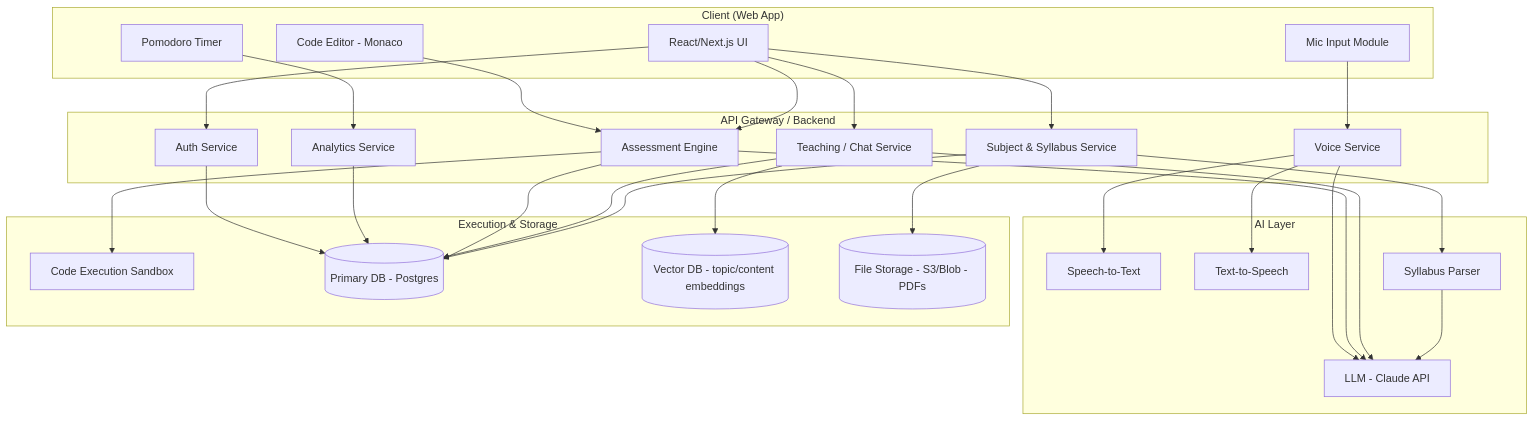
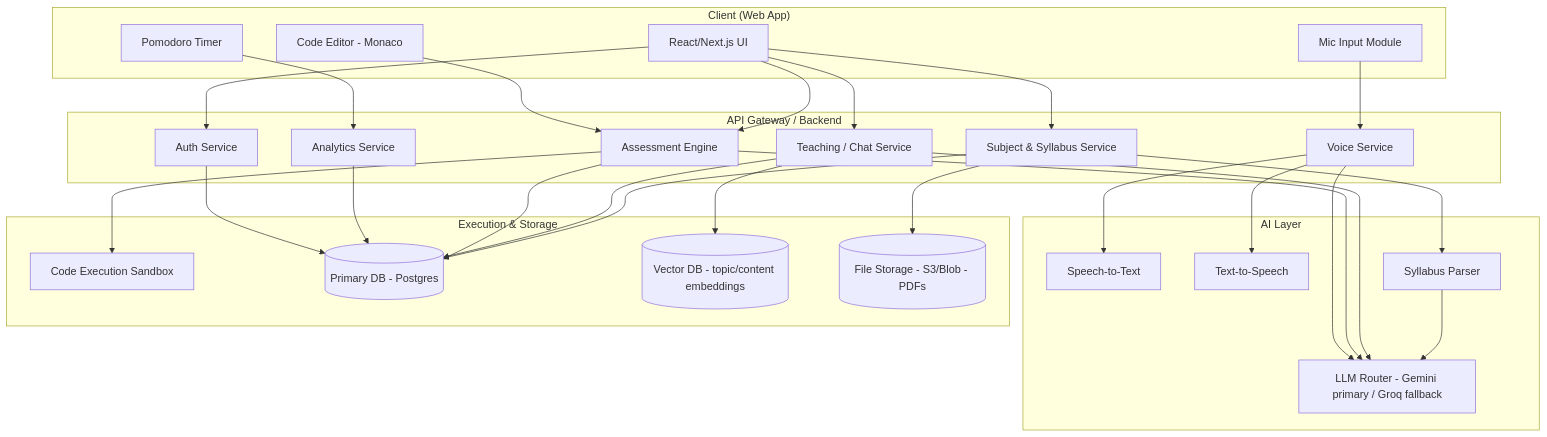
The first of 12 diagrams in server/AI-Smart-Study-Companion-PRD.md (HarshikaAdarsh/code-flux-hackathon-), drawn with Mermaid before and after one commit. The commit also changed other lines of this file, not shown here.

````diff
--- a/server/AI-Smart-Study-Companion-PRD.md
+++ b/server/AI-Smart-Study-Companion-PRD.md
@@ -67,61 +67,61 @@
 ```mermaid
 flowchart TB
     subgraph Client["Client (Web App)"]
         UI[React/Next.js UI]
         Mic[Mic Input Module]
         Editor[Code Editor - Monaco]
         Timer[Pomodoro Timer]
     end
 
     subgraph Gateway["API Gateway / Backend"]
         Auth[Auth Service]
         SubjectSvc[Subject & Syllabus Service]
         TeachSvc[Teaching / Chat Service]
         AssessSvc[Assessment Engine]
         VoiceSvc[Voice Service]
         AnalyticsSvc[Analytics Service]
     end
 
     subgraph AI["AI Layer"]
-        LLM[LLM - Claude API]
+        LLM[LLM Router - Gemini primary / Groq fallback]
         STT[Speech-to-Text]
         TTS[Text-to-Speech]
         Extractor[Syllabus Parser]
     end
 
     subgraph Infra["Execution & Storage"]
         Sandbox[Code Execution Sandbox]
         DB[(Primary DB - Postgres)]
         VectorDB[(Vector DB - topic/content embeddings)]
         FileStore[(File Storage - S3/Blob - PDFs)]
     end
 
     UI --> Auth
     UI --> SubjectSvc
     UI --> TeachSvc
     UI --> AssessSvc
     Mic --> VoiceSvc
     Editor --> AssessSvc
     Timer --> AnalyticsSvc
 
     SubjectSvc --> Extractor
     Extractor --> LLM
     SubjectSvc --> FileStore
     SubjectSvc --> DB
 
     TeachSvc --> LLM
     TeachSvc --> VectorDB
     TeachSvc --> DB
 
     AssessSvc --> LLM
     AssessSvc --> Sandbox
     AssessSvc --> DB
 
     VoiceSvc --> STT
     VoiceSvc --> LLM
     VoiceSvc --> TTS
 
     AnalyticsSvc --> DB
 
     Auth --> DB
 ```
````
